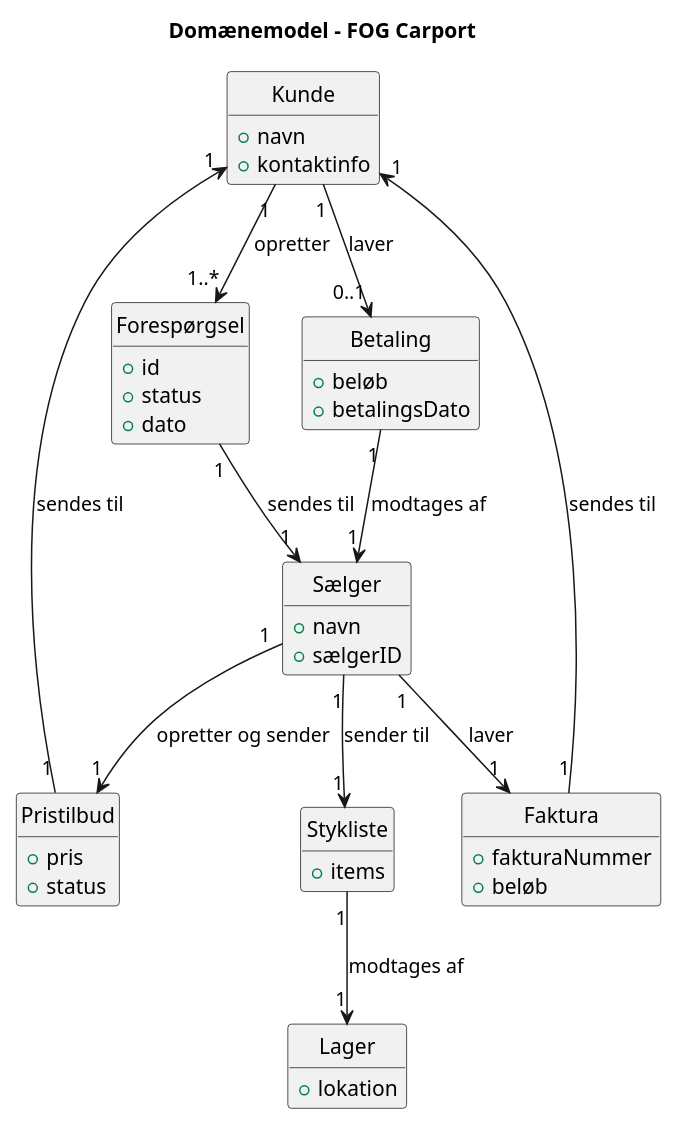
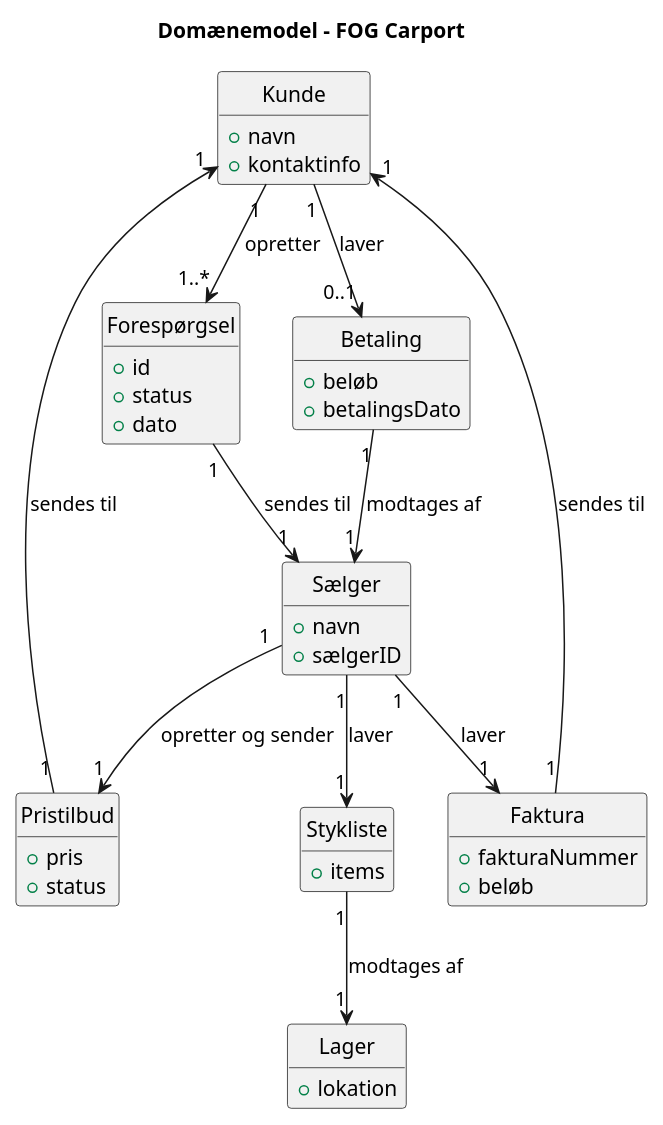
One commit to mridrisisci/fog-projekt changed the diagram in docs/domænemodel.puml. Above: the diagram before and after it, drawn with PlantUML.

```diff
--- a/docs/domænemodel.puml
+++ b/docs/domænemodel.puml
@@ -1,57 +1,57 @@
 @startuml
 Title Domænemodel - FOG Carport
 
 hide circle
 hide methods
 
 entity Kunde {
     +navn
     +kontaktinfo
 }
 
 entity Forespørgsel {
     +id
     +status
     +dato
 }
 
 entity Sælger {
     +navn
     +sælgerID
 }
 
 entity Pristilbud {
     +pris
     +status
 }
 
 entity Betaling {
     +beløb
     +betalingsDato
 }
 
 entity Stykliste {
     +items
 }
 
 entity Lager {
     +lokation
 }
 
 entity Faktura {
     +fakturaNummer
     +beløb
 }
 
 Kunde "1" --> "1..*" Forespørgsel : "opretter"
 Forespørgsel "1" --> "1" Sælger : "sendes til"
 Sælger "1" --> "1" Pristilbud : "opretter og sender"
 Pristilbud "1" --> "1" Kunde : "sendes til"
 Kunde "1" --> "0..1" Betaling : "laver"
 Betaling "1" --> "1" Sælger : "modtages af"
-Sælger "1" --> "1" Stykliste : "sender til"
+Sælger "1" --> "1" Stykliste : "laver"
 Sælger "1" --> "1" Faktura : "laver"
 Stykliste "1" --> "1" Lager : "modtages af"
 Faktura "1" --> "1" Kunde : "sendes til"
 
 @enduml
```
